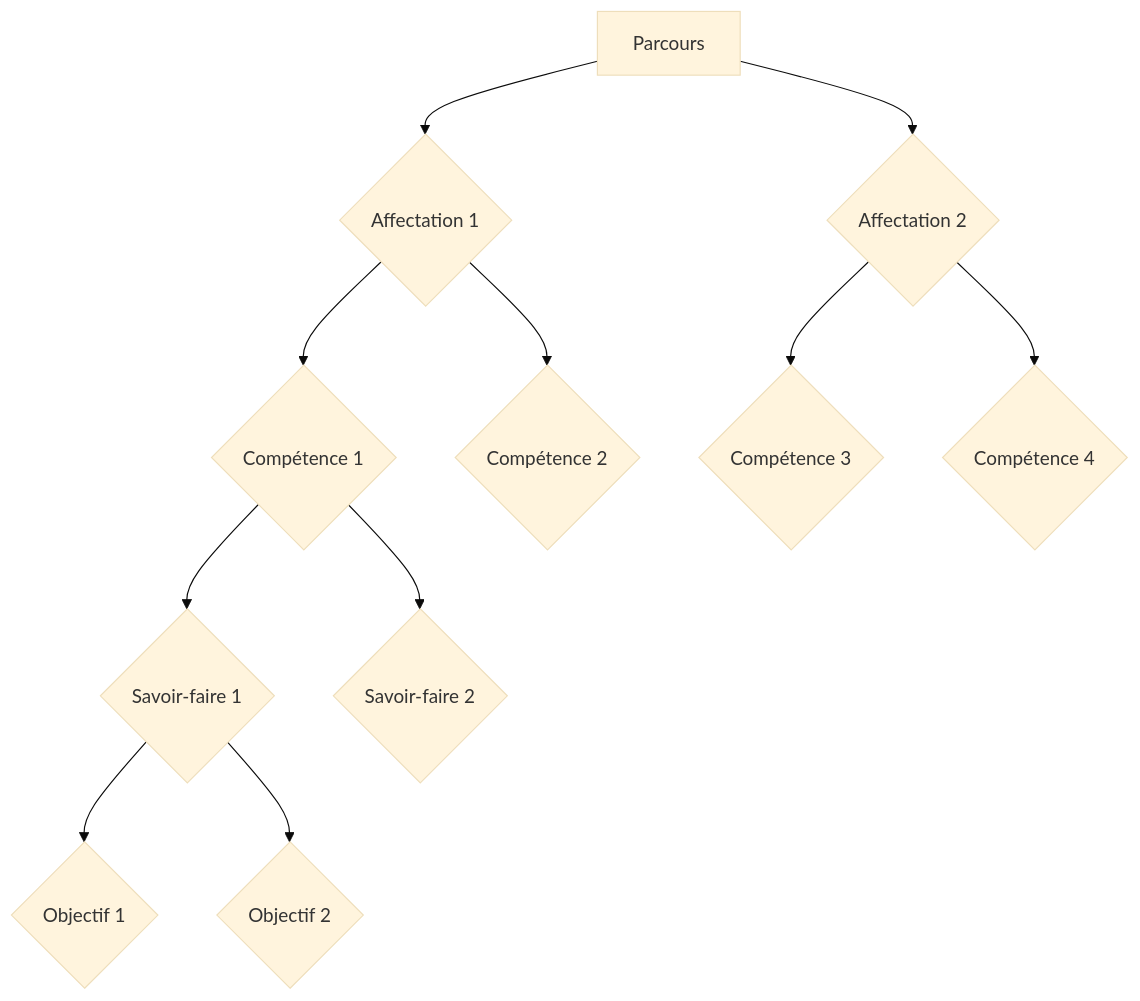
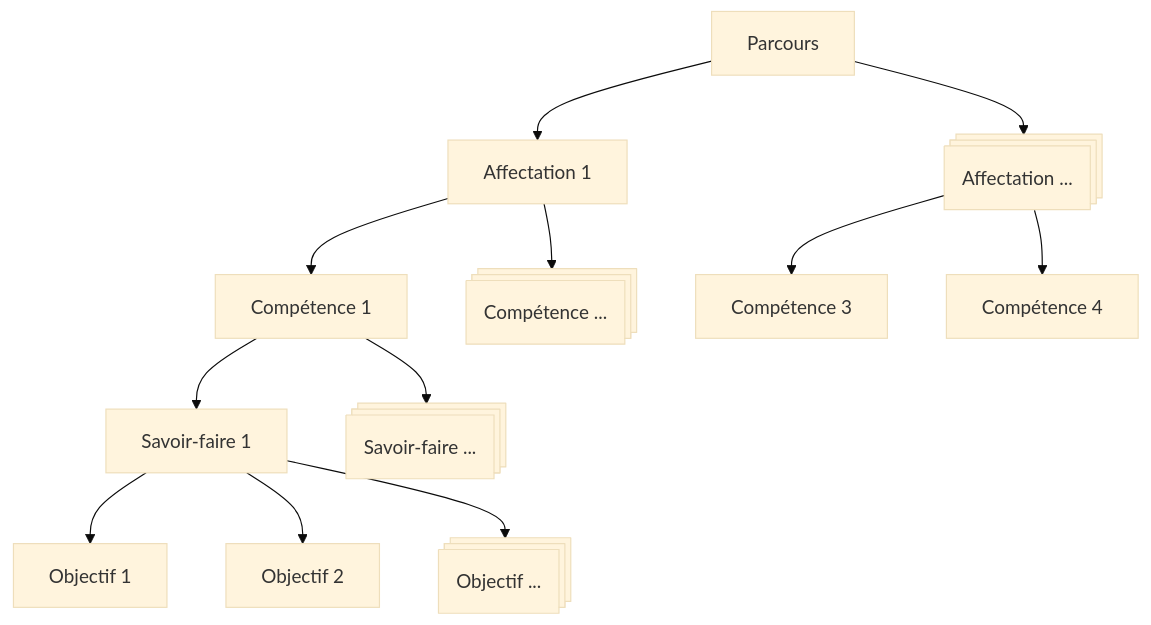
The diagram in resources/docs/generalites.md (felahdab/module_fcmcentral), drawn with Mermaid (base theme) before and after one commit. The commit also changed other lines of this file and 17 other files, not shown here.

````diff
--- a/resources/docs/generalites.md
+++ b/resources/docs/generalites.md
@@ -21,13 +23,15 @@
 ``` mermaid
 graph TD
-  A[Parcours] --> B{Affectation 1};
-  A[Parcours] --> C{Affectation 2};
-  B --> D{Compétence 1};
-  B --> E{Compétence 2};
-  C --> F{Compétence 3};
-  C --> G{Compétence 4};
-  D --> H{Savoir-faire 1};
-  H --> I{Objectif 1};
-  H --> J{Objectif 2};
-  D --> K{Savoir-faire 2};
+  A[Parcours] --> B[Affectation 1];
+  A[Parcours] --> C@{ shape: procs, label: "Affectation ..."};
+  B --> D[Compétence 1];
+  B --> E@{ shape: procs, label: "Compétence ..."};
+  C --> F[Compétence 3];
+  C --> G[Compétence 4];
+  D --> H[Savoir-faire 1];
+  H --> I[Objectif 1];
+  H --> J[Objectif 2];
+  H --> L@{ shape: procs, label: "Objectif ..."};
+  D --> K@{ shape: procs, label: "Savoir-faire ..."};
+  
 ```
````
